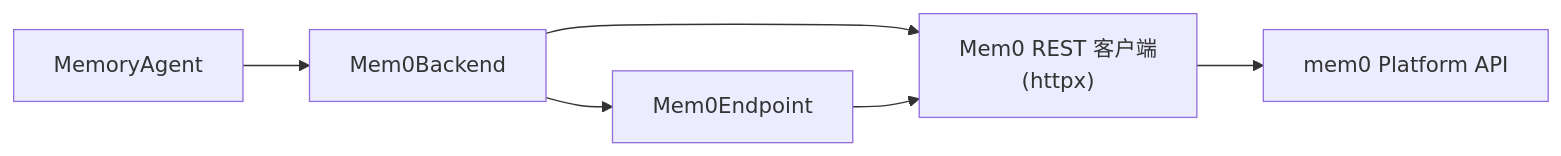
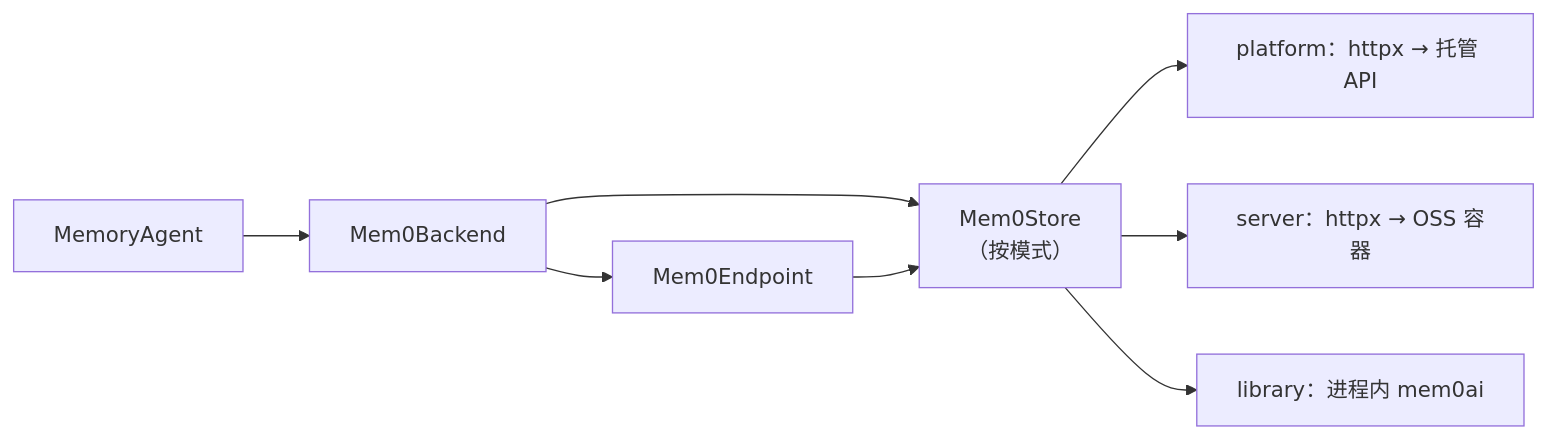
One commit to ChangranXU/memory-bridge changed the diagram in docs/zh/integrations/mem0-platform.md. Above: the diagram before and after it, drawn with Mermaid. The commit also changed other lines of this file and 55 other files, not shown here.

First line of the commit message:
feat(mem0): add OSS server and in-process library deployment modes

````diff
--- a/docs/zh/integrations/mem0-platform.md
+++ b/docs/zh/integrations/mem0-platform.md
@@ -11,8 +19,10 @@
 ```mermaid
 graph LR
     Agent["MemoryAgent"] --> Backend["Mem0Backend"]
-    Backend --> Client["Mem0 REST 客户端<br/>(httpx)"]
-    Client --> Platform["mem0 Platform API"]
+    Backend --> Store["Mem0Store<br/>（按模式）"]
+    Store --> Platform["platform：httpx → 托管 API"]
+    Store --> Server["server：httpx → OSS 容器"]
+    Store --> Library["library：进程内 mem0ai"]
     Backend --> Endpoint["Mem0Endpoint"]
-    Endpoint --> Client
+    Endpoint --> Store
 ```
````
